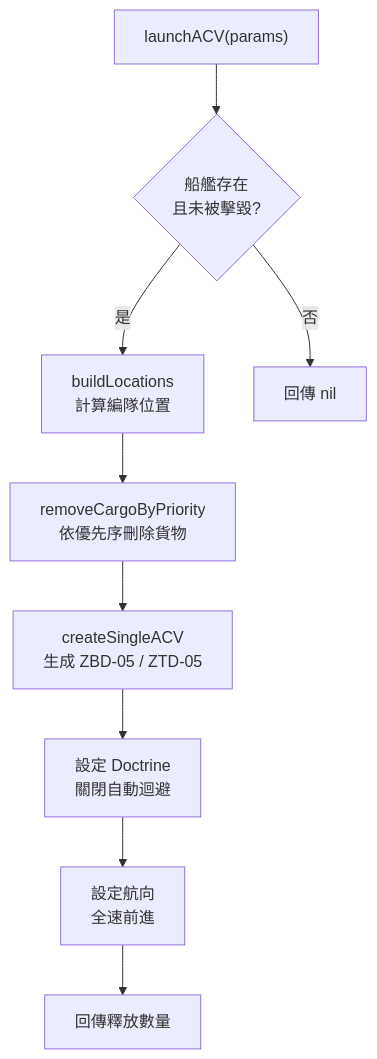
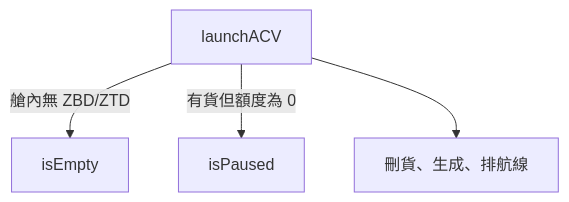
Before and after one commit to pullupjumper/formosa-in-flames: the diagram in docs/landingOps/amphibiousAssault.md, drawn with Mermaid. The commit also changed other lines of this file and 20 other files, not shown here.

````diff
--- a/docs/landingOps/amphibiousAssault.md
+++ b/docs/landingOps/amphibiousAssault.md
@@ -25,15 +56,11 @@
 ```mermaid
 flowchart TD
-    START["launchACV(params)"]
-    CHECK{船艦存在<br>且未被擊毀?}
-    LOCS["buildLocations<br>計算編隊位置"]
-    DELETE["removeCargoByPriority<br>依優先序刪除貨物"]
-    SPAWN["createSingleACV<br>生成 ZBD-05 / ZTD-05"]
-    DOCTRINE["設定 Doctrine<br>關閉自動迴避"]
-    COURSE["設定航向<br>全速前進"]
-    COUNT["回傳釋放數量"]
+    START["launchACV"]
+    EMPTY["isEmpty"]
+    PAUSED["isPaused"]
+    SPAWN["刪貨、生成、排航線"]
 
-    START --> CHECK
-    CHECK -->|否| RETURN_NIL["回傳 nil"]
-    CHECK -->|是| LOCS --> DELETE --> SPAWN --> DOCTRINE --> COURSE --> COUNT
+    START -->|艙內無 ZBD/ZTD| EMPTY
+    START -->|有貨但額度為 0| PAUSED
+    START --> SPAWN
 ```
````
